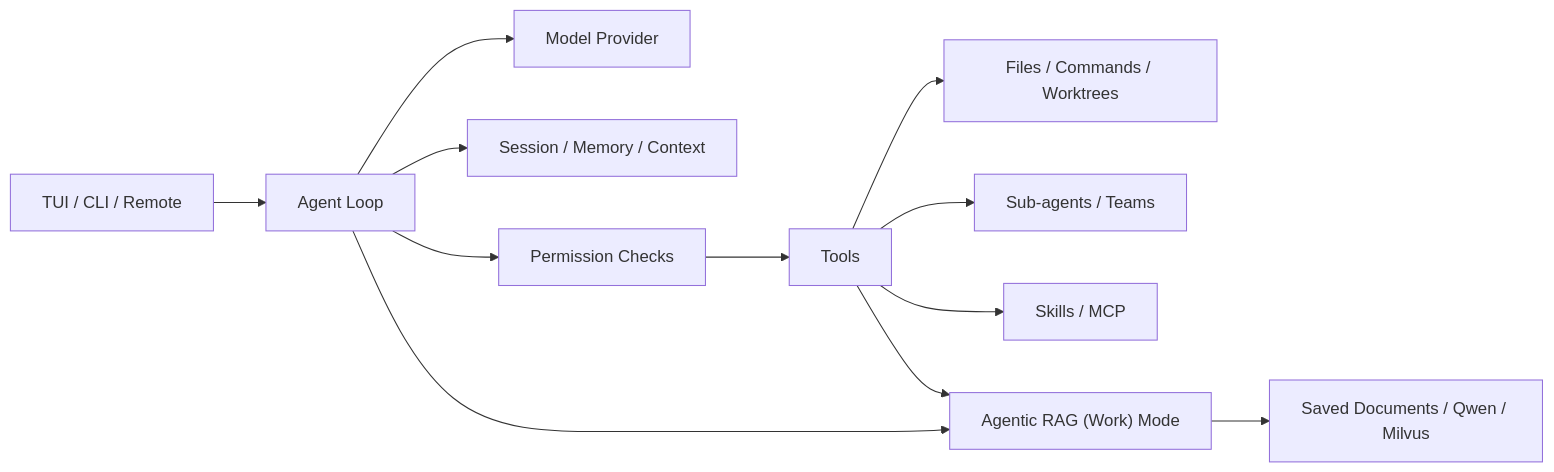
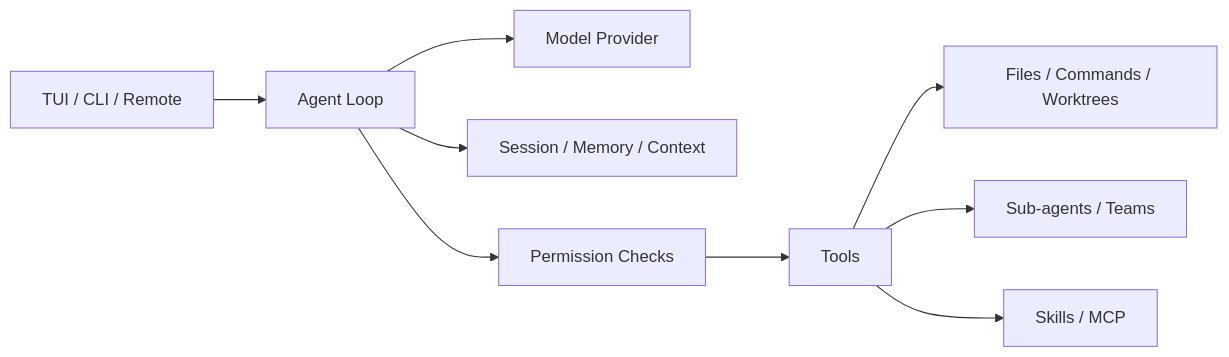
One commit to feng-shan-jian/CodePlus changed the diagram in README_EN.md. Above: the diagram before and after it, drawn with Mermaid. The commit also changed other lines of this file and 115 other files, not shown here.

````diff
--- a/README_EN.md
+++ b/README_EN.md
@@ -348,14 +347,11 @@
 ```mermaid
 flowchart LR
     Entry[TUI / CLI / Remote] --> Agent[Agent Loop]
     Agent --> Model[Model Provider]
     Agent --> Context[Session / Memory / Context]
     Agent --> Permission[Permission Checks]
     Permission --> Tools[Tools]
     Tools --> Local[Files / Commands / Worktrees]
     Tools --> Workers[Sub-agents / Teams]
     Tools --> Extension[Skills / MCP]
-    Agent --> Knowledge["Agentic RAG (Work) Mode"]
-    Tools --> Knowledge
-    Knowledge --> Sources[Saved Documents / Qwen / Milvus]
 ```
````
